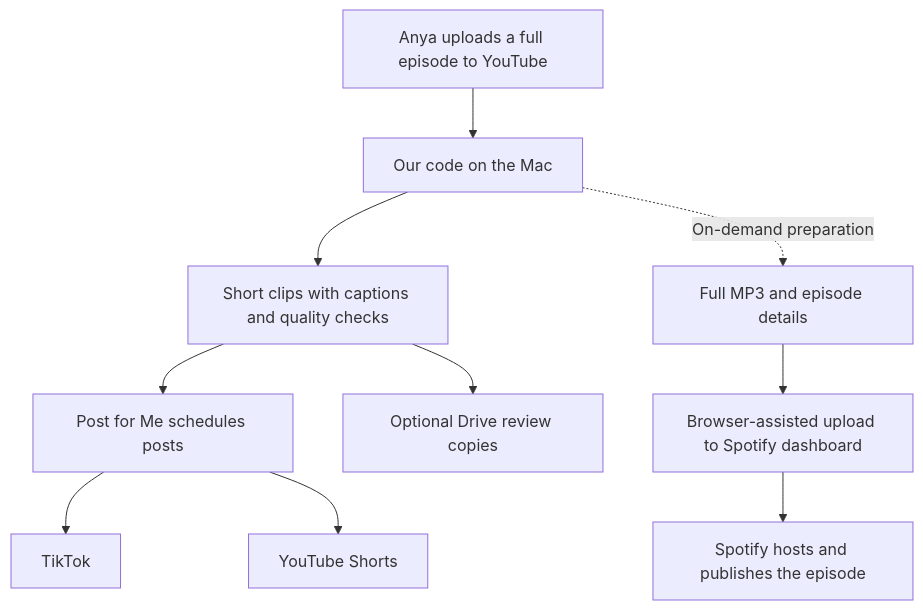
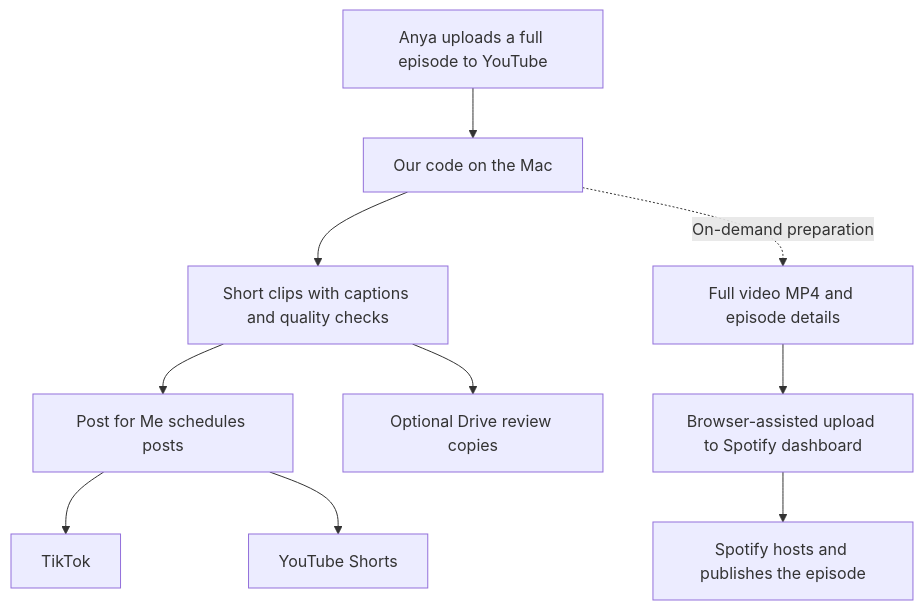
The diagram in README.md (samokarplus/booboo-expansion-project), drawn with Mermaid before and after one commit. The commit also changed other lines of this file and 4 other files, not shown here.

Commit message:
Prepare full Spotify video episodes by default with validated MP4 output

````diff
--- a/README.md
+++ b/README.md
@@ -50,12 +50,12 @@
 ```mermaid
 flowchart TD
     A[Anya uploads a full episode to YouTube] --> B[Our code on the Mac]
     B --> C[Short clips with captions and quality checks]
     C --> D[Post for Me schedules posts]
     D --> E[TikTok]
     D --> F[YouTube Shorts]
     C --> G[Optional Drive review copies]
-    B -. On-demand preparation .-> H[Full MP3 and episode details]
+    B -. On-demand preparation .-> H[Full video MP4 and episode details]
     H --> I[Browser-assisted upload to Spotify dashboard]
     I --> J[Spotify hosts and publishes the episode]
 ```
````
